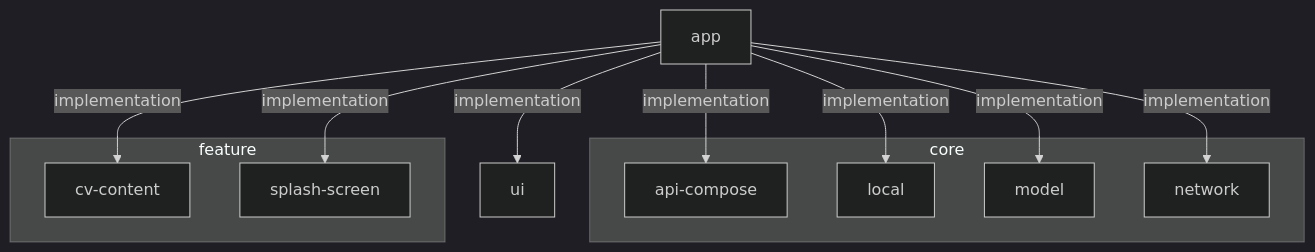
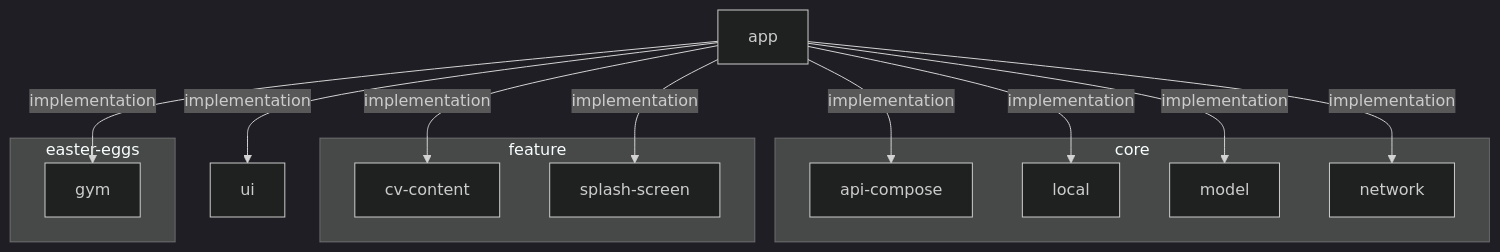
One commit to Dussim/cv-app changed the diagram in app/README.md. Above: the diagram before and after it, drawn with Mermaid. The commit also changed 50 other files, not shown here.

````diff
--- a/app/README.md
+++ b/app/README.md
@@ -3,28 +3,32 @@
 ```mermaid
 %%{
   init: {
     'theme': 'dark'
   }
 }%%
 
 graph TB
 
   subgraph core
     api-compose
     local
     model
     network
   end
   subgraph feature
     cv-content
     splash-screen
   end
+  subgraph easter-eggs
+    gym
+  end
   app -- implementation --> api-compose
   app -- implementation --> ui
   app -- implementation --> model
   app -- implementation --> local
   app -- implementation --> network
   app -- implementation --> splash-screen
   app -- implementation --> cv-content
+  app -- implementation --> gym
 
 ```
````
